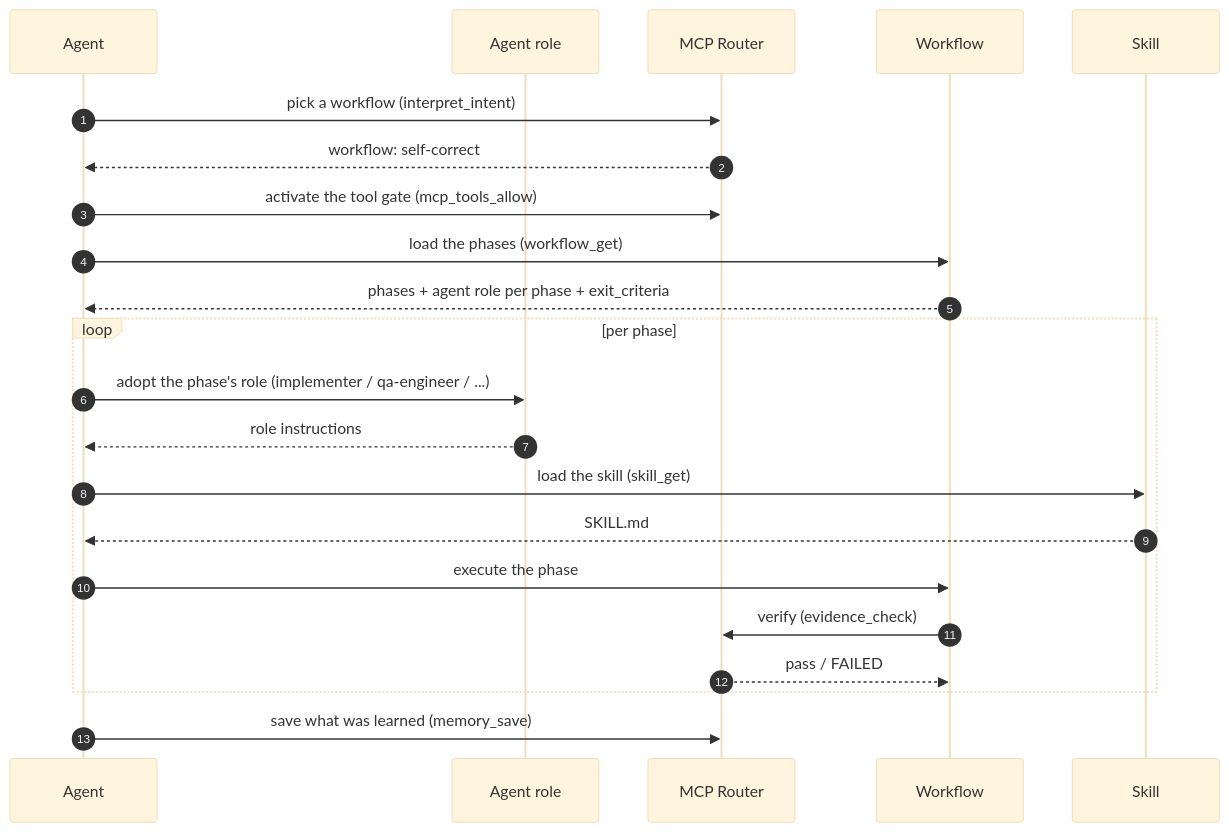
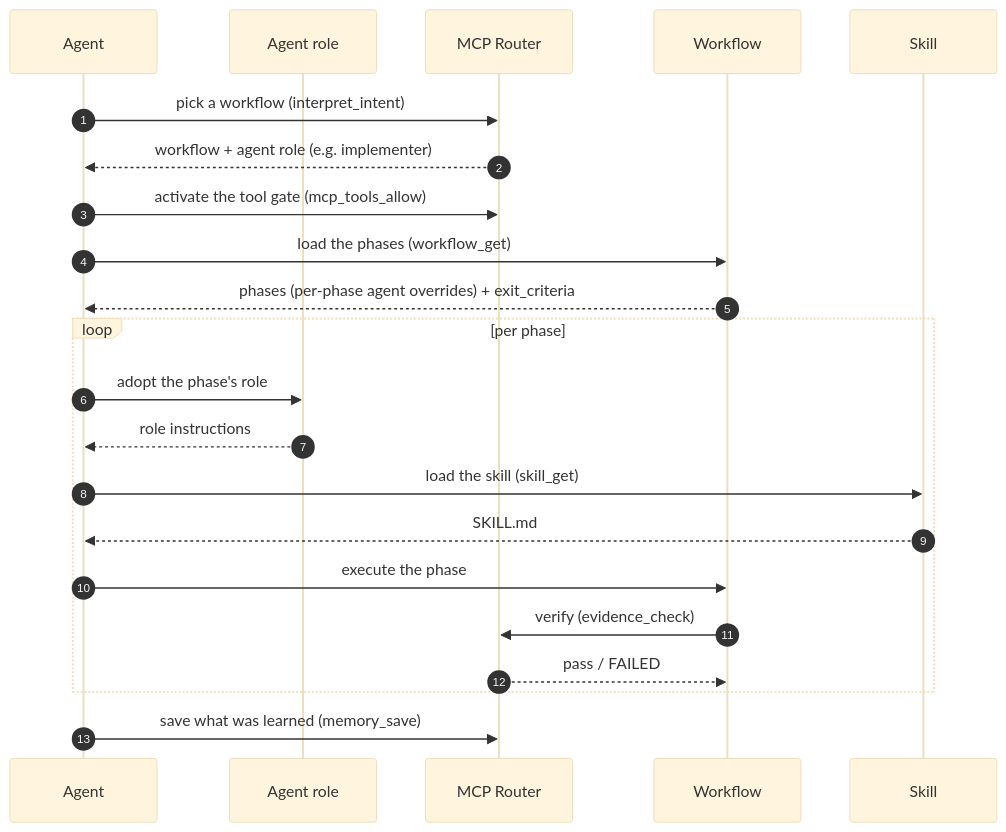
Before and after one commit to parkwoo/wawoo-agent-skills: the diagram in README.md, drawn with Mermaid (base theme). The commit also changed 3 other files, not shown here.

Commit message:
docs: attribute the agent role to the router (workflow only provides per-phase overrides)

````diff
--- a/README.md
+++ b/README.md
@@ -80,24 +80,24 @@
 ```mermaid
 sequenceDiagram
     autonumber
     participant A as Agent
     participant G as Agent role
     participant R as MCP Router
     participant W as Workflow
     participant S as Skill
     A->>R: pick a workflow (interpret_intent)
-    R-->>A: workflow: self-correct
+    R-->>A: workflow + agent role (e.g. implementer)
     A->>R: activate the tool gate (mcp_tools_allow)
     A->>W: load the phases (workflow_get)
-    W-->>A: phases + agent role per phase + exit_criteria
+    W-->>A: phases (per-phase agent overrides) + exit_criteria
     loop per phase
-        A->>G: adopt the phase's role (implementer / qa-engineer / ...)
+        A->>G: adopt the phase's role
         G-->>A: role instructions
         A->>S: load the skill (skill_get)
         S-->>A: SKILL.md
         A->>W: execute the phase
         W->>R: verify (evidence_check)
         R-->>W: pass / FAILED
     end
     A->>R: save what was learned (memory_save)
 ```
````
